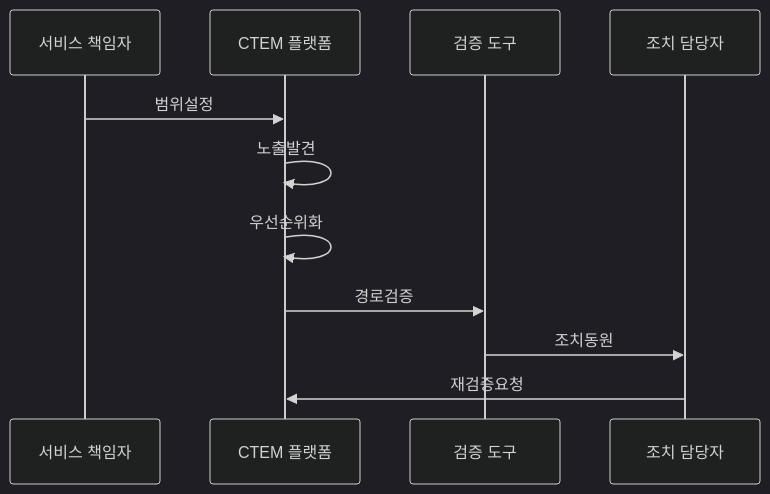
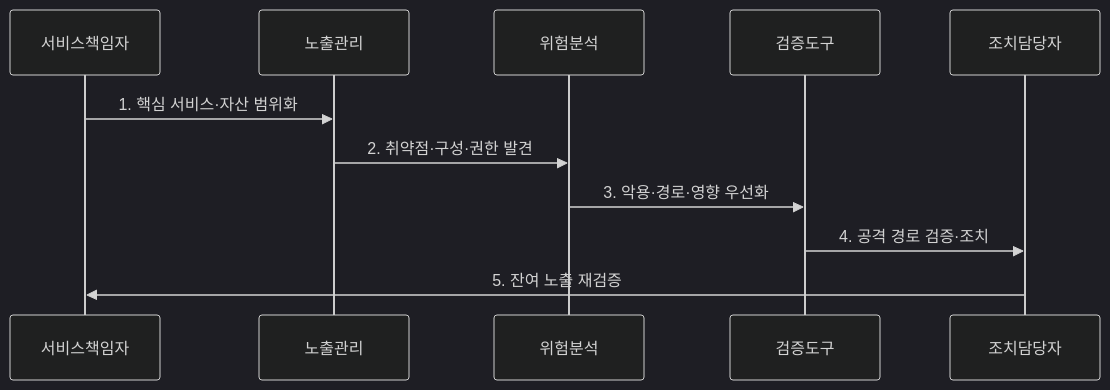
One commit to agnusdei1207/knowledge-base changed the second of 2 diagrams in src/content/docs/notes/05-security/040_ctem.md. Above: the diagram before and after it, drawn with Mermaid (dark theme). The commit also changed other lines of this file and 11 other files, not shown here.

````diff
--- a/src/content/docs/notes/05-security/040_ctem.md
+++ b/src/content/docs/notes/05-security/040_ctem.md
@@ -88,13 +78,13 @@
 ```mermaid
 sequenceDiagram
-    participant O as 서비스 책임자
-    participant C as CTEM 플랫폼
-    participant V as 검증 도구
-    participant R as 조치 담당자
-    O->>C: 범위설정
-    C->>C: 노출발견
-    C->>C: 우선순위화
-    C->>V: 경로검증
-    V->>R: 조치동원
-    R->>C: 재검증요청
+    participant 서비스책임자
+    participant 노출관리
+    participant 위험분석
+    participant 검증도구
+    participant 조치담당자
+    서비스책임자->>노출관리: 1. 핵심 서비스·자산 범위화
+    노출관리->>위험분석: 2. 취약점·구성·권한 발견
+    위험분석->>검증도구: 3. 악용·경로·영향 우선화
+    검증도구->>조치담당자: 4. 공격 경로 검증·조치
+    조치담당자->>서비스책임자: 5. 잔여 노출 재검증
 ```
````
